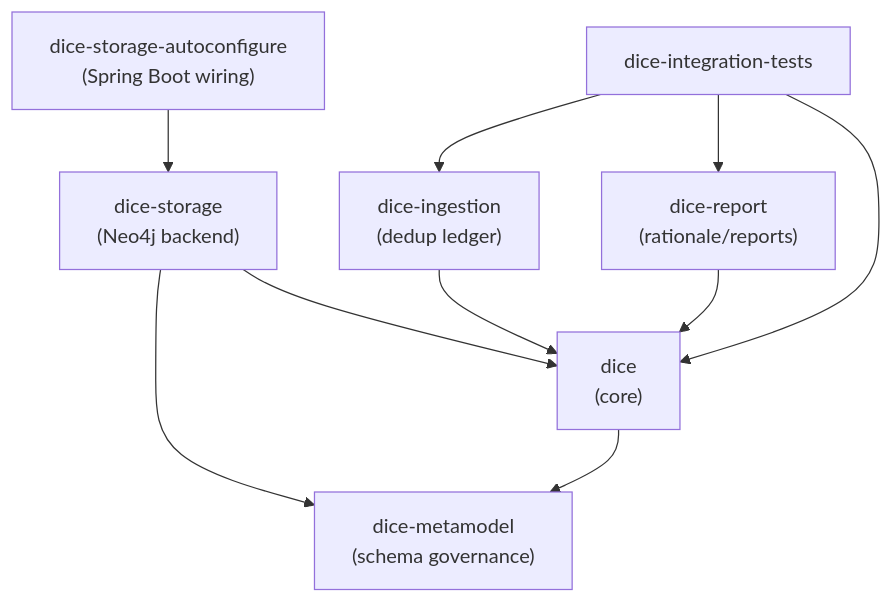
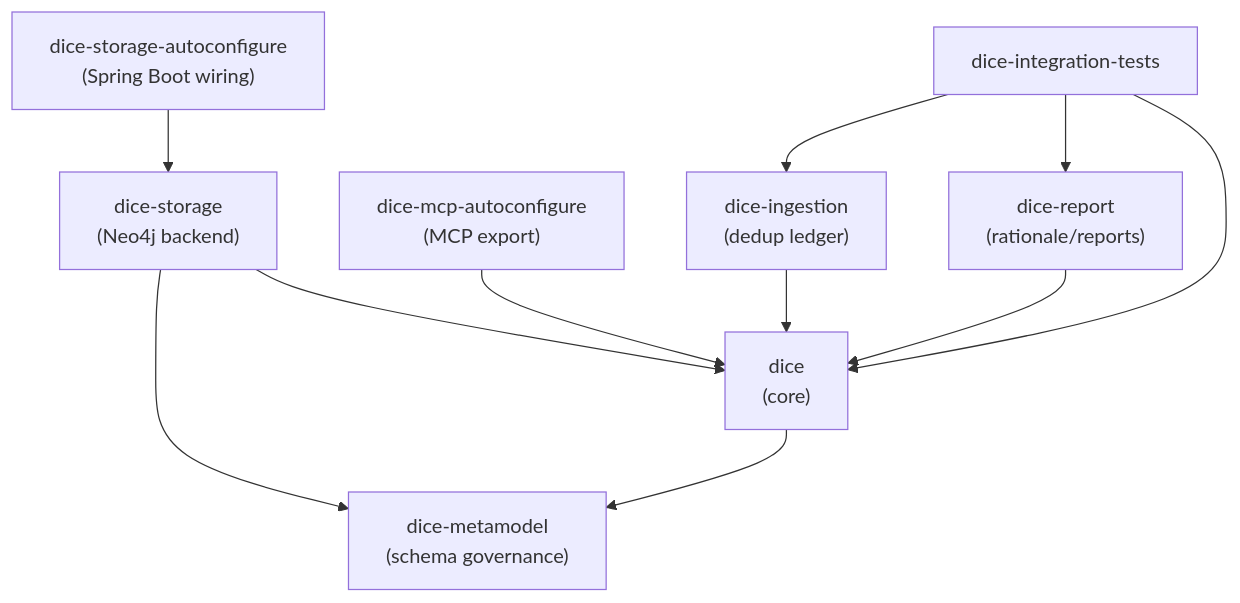
Before and after one commit to LordKay-sudo/dice: the first of 6 diagrams in docs/design/architecture.md, drawn with Mermaid. The commit also changed other lines of this file and 15 other files, not shown here.

First line of the commit message:
feat(mcp): expose DICE tools for MCP server integration (fixes #5)

````diff
--- a/docs/design/architecture.md
+++ b/docs/design/architecture.md
@@ -22,20 +23,22 @@
 ```mermaid
 flowchart TB
     dice["dice<br/>(core)"]
     storage["dice-storage<br/>(Neo4j backend)"]
     autoconf["dice-storage-autoconfigure<br/>(Spring Boot wiring)"]
+    mcp["dice-mcp-autoconfigure<br/>(MCP export)"]
     ingestion["dice-ingestion<br/>(dedup ledger)"]
     report["dice-report<br/>(rationale/reports)"]
     metamodel["dice-metamodel<br/>(schema governance)"]
     itest["dice-integration-tests"]
 
     storage --> dice
     storage --> metamodel
     dice --> metamodel
     autoconf --> storage
+    mcp --> dice
     ingestion --> dice
     report --> dice
     itest --> dice
     itest --> ingestion
     itest --> report
 ```
````
